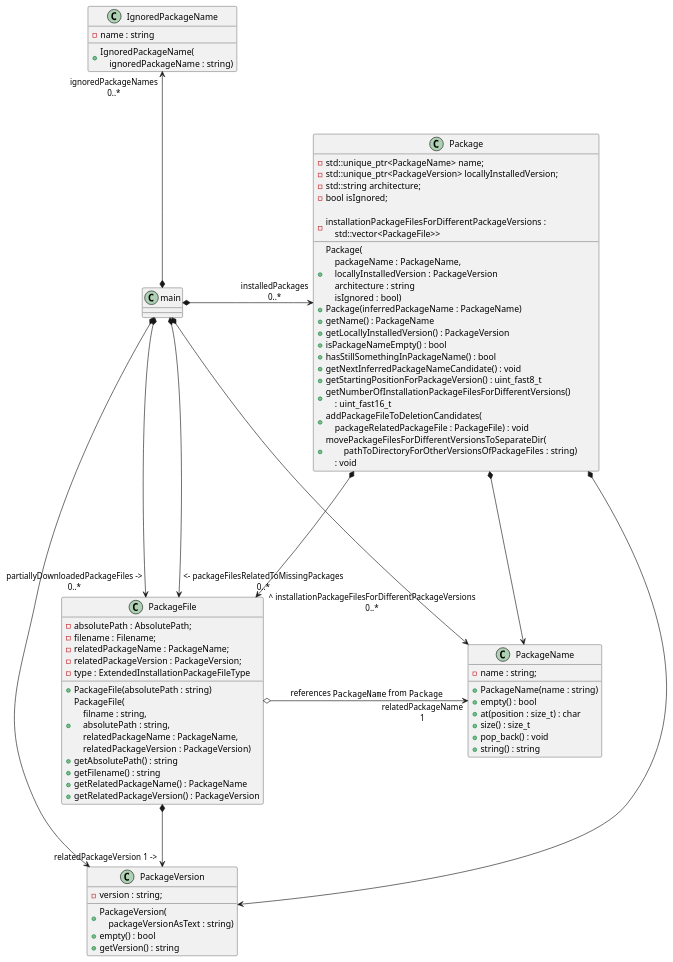
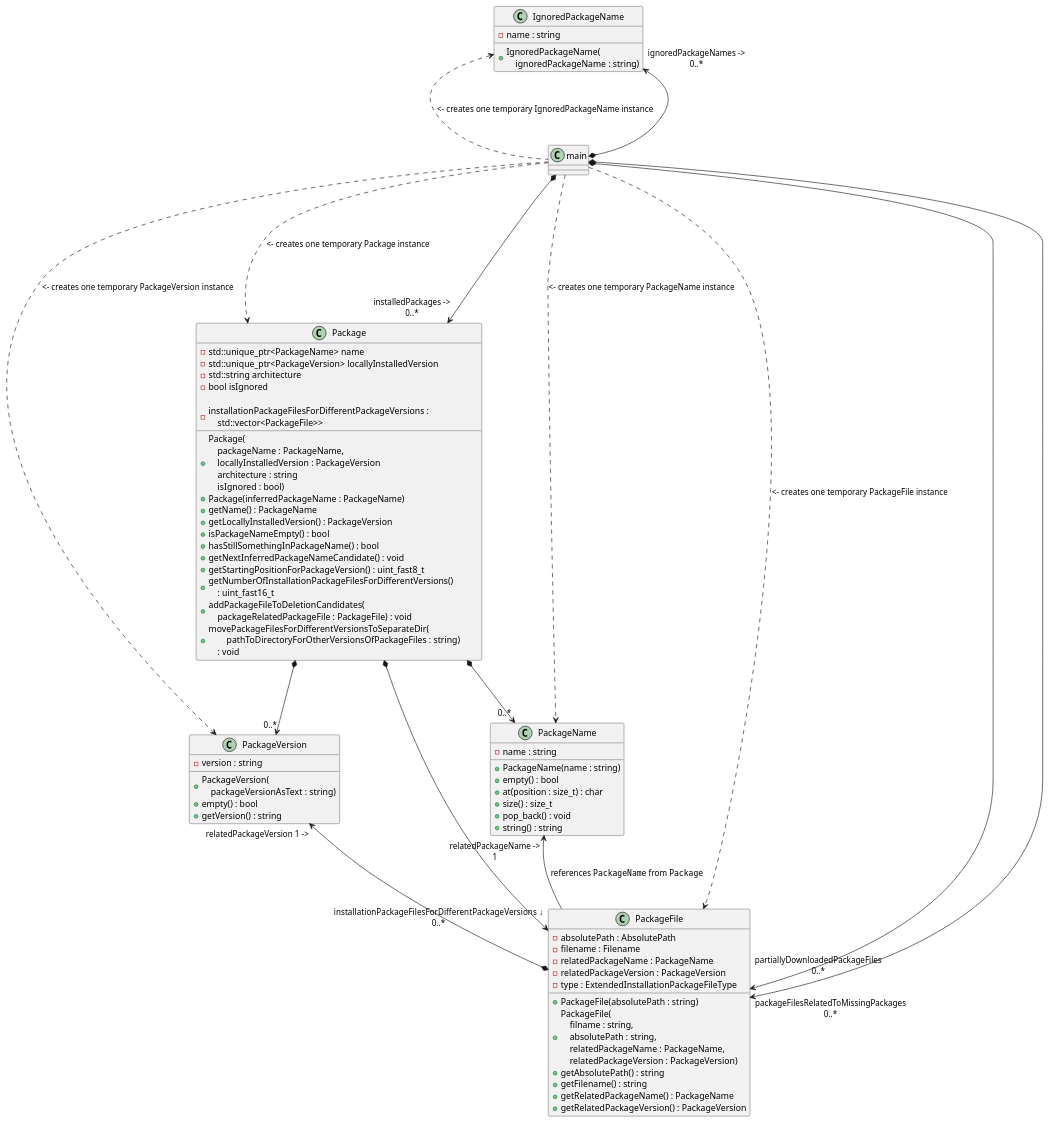
Before and after one commit to kyberdrb/clean_pacman_cache_dir: the diagram in clean_pacman_cache_dir-class_diagram.puml, drawn with PlantUML. The commit also changed 4 other files, not shown here.

First line of the commit message:
Add UML class diagram for project before 'PackageFile' refactoring...

```diff
--- a/clean_pacman_cache_dir-class_diagram.puml
+++ b/clean_pacman_cache_dir-class_diagram.puml
@@ -1,96 +1,111 @@
 @startuml
 skinparam nodesep 80
 skinparam ranksep 100
 
 class main
 
 class IgnoredPackageName {
     + IgnoredPackageName(\
         \n    ignoredPackageName : string)
     - name : string
 }
 
-main *-u-> "ignoredPackageNames\n0..*" IgnoredPackageName
+main .u.> IgnoredPackageName : "<- creates one temporary IgnoredPackageName instance"
+main *-u-> "ignoredPackageNames ->\n0..*" IgnoredPackageName
 
 class Package {
     + Package(\
         \n    packageName : PackageName,\
         \n    locallyInstalledVersion : PackageVersion\
         \n    architecture : string\
         \n    isIgnored : bool)
     + Package(inferredPackageName : PackageName)
     + getName() : PackageName
     + getLocallyInstalledVersion() : PackageVersion
     + isPackageNameEmpty() : bool
     + hasStillSomethingInPackageName() : bool
     + getNextInferredPackageNameCandidate() : void
     + getStartingPositionForPackageVersion() : uint_fast8_t
     + getNumberOfInstallationPackageFilesForDifferentVersions()\
         \n    : uint_fast16_t
     + addPackageFileToDeletionCandidates(\
         \n    packageRelatedPackageFile : PackageFile) : void
     + movePackageFilesForDifferentVersionsToSeparateDir(\
         \n        pathToDirectoryForOtherVersionsOfPackageFiles : string)\
         \n    : void
 
-    - std::unique_ptr<PackageName> name;
-    - std::unique_ptr<PackageVersion> locallyInstalledVersion;
-    - std::string architecture;
-    - bool isIgnored;
+    - std::unique_ptr<PackageName> name
+    - std::unique_ptr<PackageVersion> locallyInstalledVersion
+    - std::string architecture
+    - bool isIgnored
 
     - installationPackageFilesForDifferentPackageVersions :\
         \n    std::vector<PackageFile>>
 }
 
-main *-r-> "installedPackages\n0..*" Package
-Package *--> PackageName
-Package *--> PackageVersion
-Package *---> "^ installationPackageFilesForDifferentPackageVersions\n0..*" PackageFile
+main ..> Package : "<- creates one temporary Package instance"
+main *---> "installedPackages ->\n0..*" Package
+Package *--> "0..*" PackageName
+Package *--> "0..*" PackageVersion
+Package *--> "installationPackageFilesForDifferentPackageVersions ↓\n0..*" PackageFile
 
 class PackageFile {
     + PackageFile(absolutePath : string)
     + PackageFile(\
         \n    filname : string,\
         \n    absolutePath : string,\
         \n    relatedPackageName : PackageName,\
         \n    relatedPackageVersion : PackageVersion)
     + getAbsolutePath() : string
     + getFilename() : string
     + getRelatedPackageName() : PackageName
     + getRelatedPackageVersion() : PackageVersion
-    - absolutePath : AbsolutePath;
-    - filename : Filename;
-    - relatedPackageName : PackageName;
-    - relatedPackageVersion : PackageVersion;
+    - absolutePath : AbsolutePath
+    - filename : Filename
+    - relatedPackageName : PackageName
+    - relatedPackageVersion : PackageVersion
     - type : ExtendedInstallationPackageFileType
 }
 
-main *--> "partiallyDownloadedPackageFiles ->\n0..*" PackageFile
-main *--> "<- packageFilesRelatedToMissingPackages\n0..*" PackageFile
-PackageFile o-r-> "relatedPackageName\n1" PackageName : " references ""PackageName"" from ""Package"""
-PackageFile *--> "relatedPackageVersion 1 ->" PackageVersion
+main ..> PackageFile : "<- creates one temporary PackageFile instance"
+main *--> "partiallyDownloadedPackageFiles\n0..*\n" PackageFile
+main *--> "packageFilesRelatedToMissingPackages\n0..*\n" PackageFile
+
+PackageFile -l-> "relatedPackageName ->\n1" PackageName : " references ""PackageName"" from ""Package"""
+/'
+The relationship between 'PackageFile' and 'PackageName'
+ can also be modelled with 'shared_ptr' packageName member
+ in Package and referenced to a 'weak_ptr' relatedPackageName
+ member in PackageFile but I'll leave this as is now,
+ because 'unique_ptr' with reference has less overhead
+ than 'shared_ptr' with 'weak_ptr'
+ because of the reference counting feature of 'shared_ptr'
+'/
+
+PackageFile *-u-> "relatedPackageVersion 1 ->" PackageVersion
 
 class PackageName {
     + PackageName(name : string)
     + empty() : bool
     + at(position : size_t) : char
     + size() : size_t
     + pop_back() : void
     + string() : string
 
-    - name : string;
+    - name : string
 }
 
-main *--> PackageName
+main ..> PackageName : "<- creates one temporary PackageName instance"
 
 class PackageVersion {
     + PackageVersion(\
         \n    packageVersionAsText : string)
     + empty() : bool
     + getVersion() : string
 
-    - version : string;
+    - version : string
 }
 
-main *--> PackageVersion
+main ..> PackageVersion : "<- creates one temporary PackageVersion instance"
+
 @enduml
```
